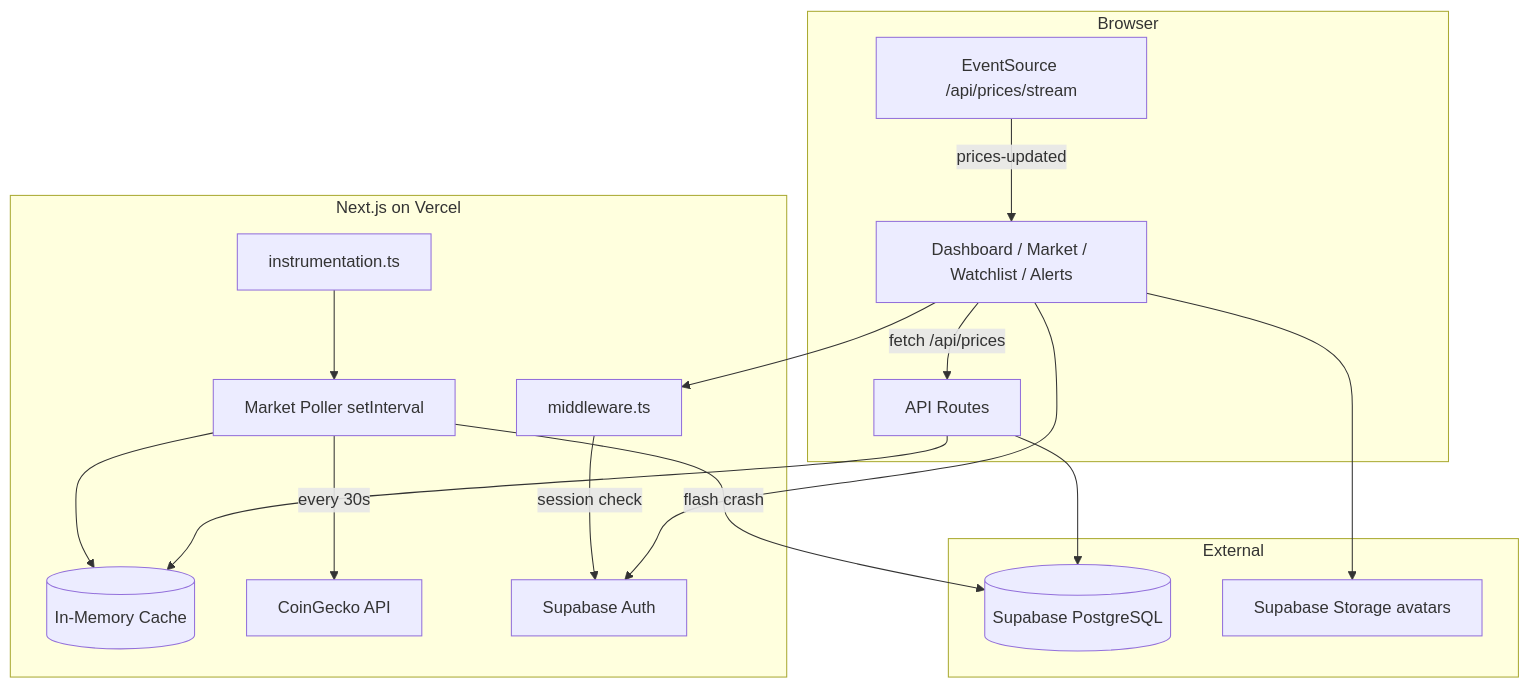
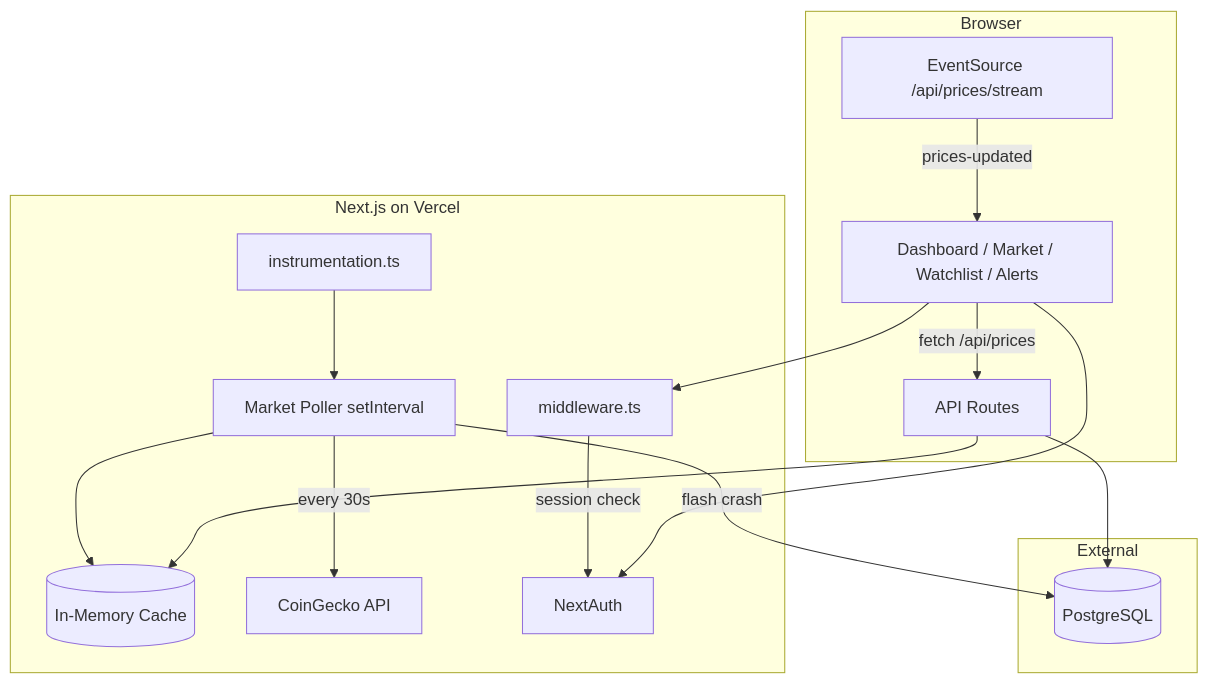
One commit to shawaizk558-art/Crypto-Sentry changed the diagram in PROJECT_GUIDE.md. Above: the diagram before and after it, drawn with Mermaid. The commit also changed other lines of this file and 70 other files, not shown here.

````diff
--- a/PROJECT_GUIDE.md
+++ b/PROJECT_GUIDE.md
@@ -64,35 +63,33 @@
 ```mermaid
 flowchart TB
   subgraph Browser
     UI[Dashboard / Market / Watchlist / Alerts]
     SSE[EventSource /api/prices/stream]
     UI -->|fetch /api/prices| API
     SSE -->|prices-updated| UI
   end
 
   subgraph NextJS[Next.js on Vercel]
     MW[middleware.ts]
     API[API Routes]
     INST[instrumentation.ts]
     POLL[Market Poller setInterval]
     CACHE[(In-Memory Cache)]
     INST --> POLL
     POLL -->|every 30s| CG
     POLL --> CACHE
     API --> CACHE
-    MW -->|session check| SB_AUTH
+    MW -->|session check| AUTH
   end
 
   subgraph External
     CG[CoinGecko API]
-    SB_AUTH[Supabase Auth]
-    SB_DB[(Supabase PostgreSQL)]
-    SB_STORAGE[Supabase Storage avatars]
+    AUTH[NextAuth]
+    PG[(PostgreSQL)]
   end
 
   UI --> MW
-  API --> SB_DB
-  POLL -->|flash crash| SB_DB
-  UI --> SB_AUTH
-  UI --> SB_STORAGE
+  API --> PG
+  POLL -->|flash crash| PG
+  UI --> AUTH
 ```
````
